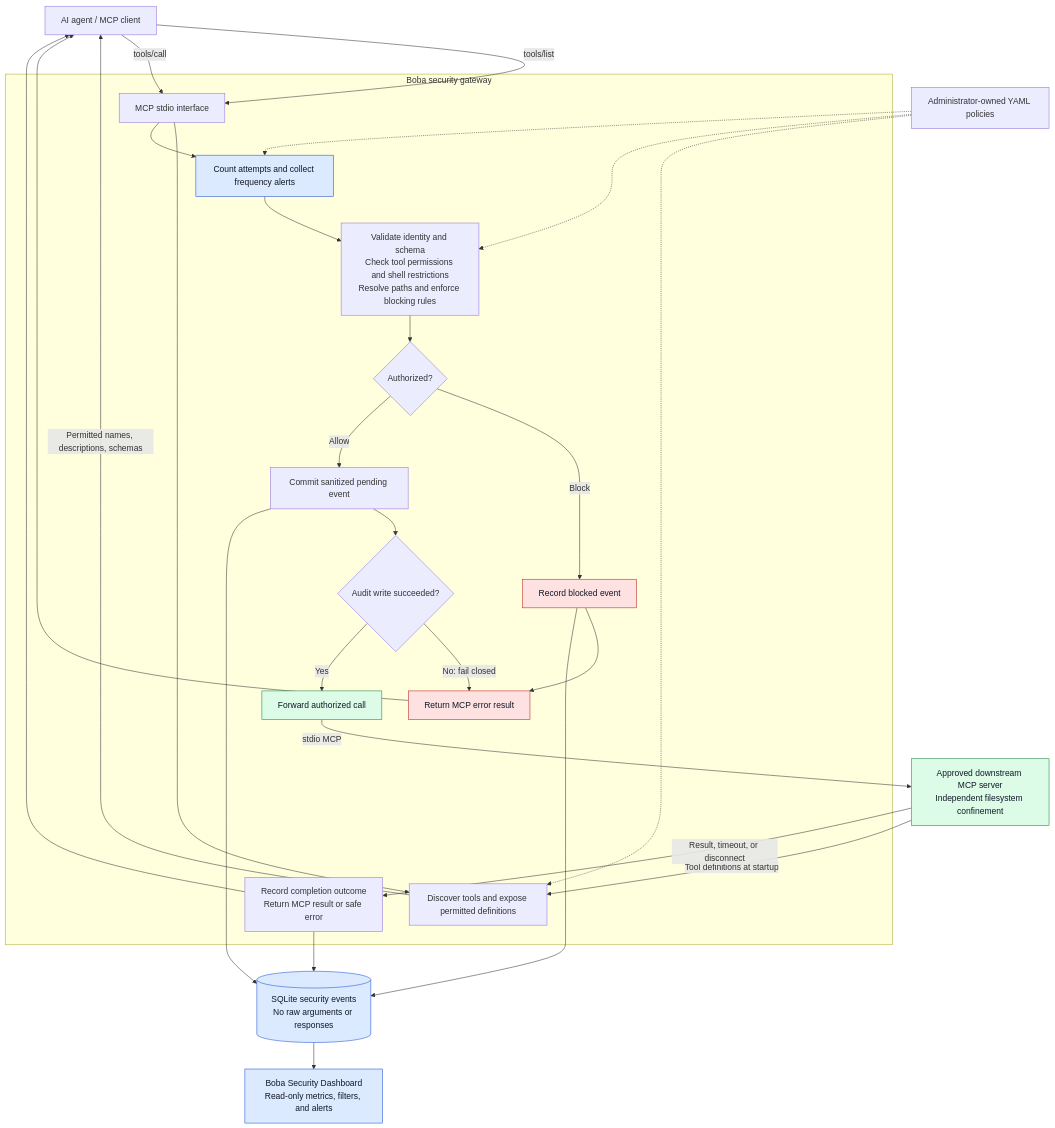
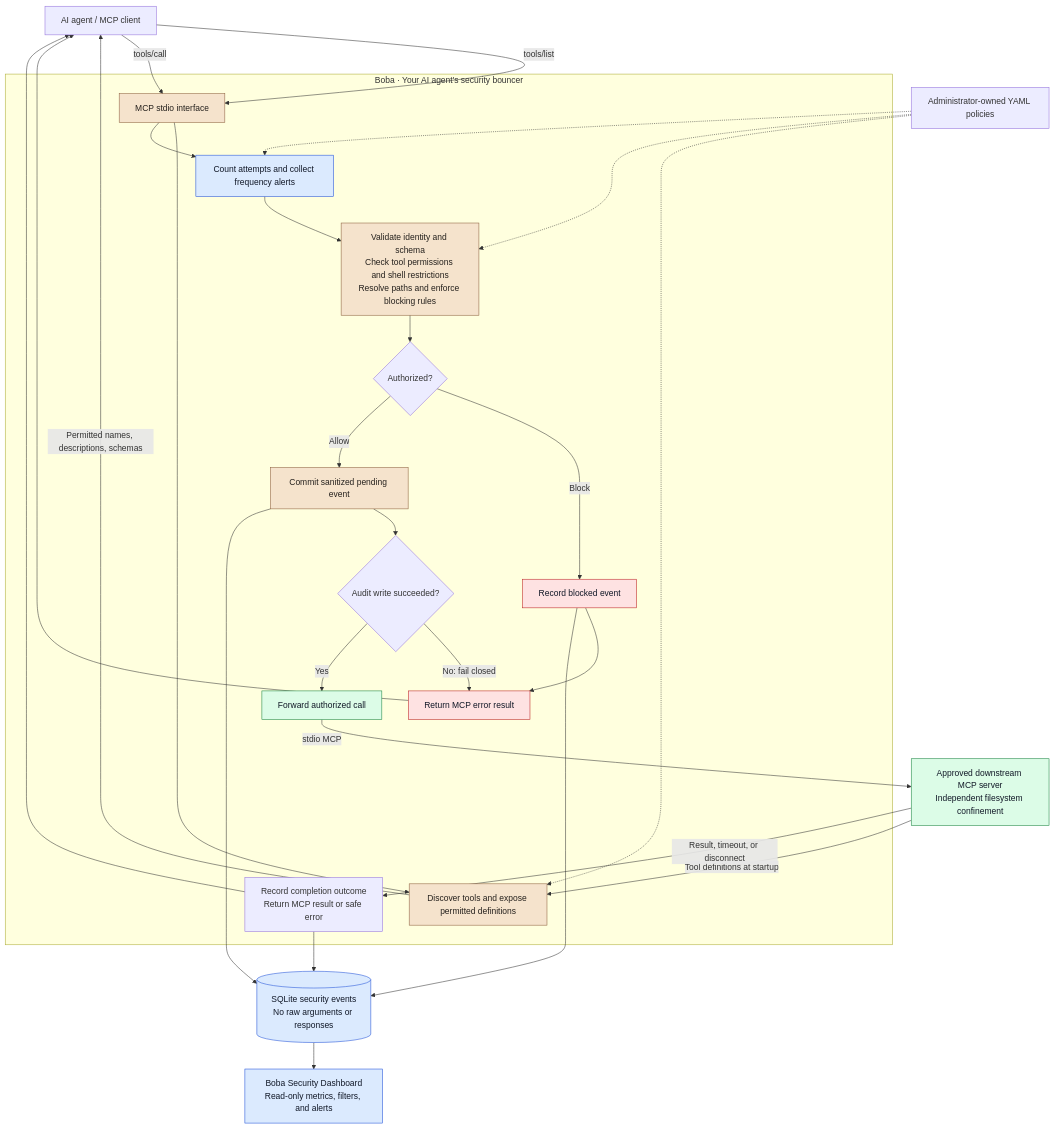
One commit to ccfreck/boba changed the diagram in README.md. Above: the diagram before and after it, drawn with Mermaid. The commit also changed other lines of this file and 3 other files, not shown here.

Commit message:
Brand README and dashboard with Boba mascot and milk tea theme

````diff
--- a/README.md
+++ b/README.md
@@ -21,52 +40,54 @@
 ```mermaid
 flowchart TB
     Agent["AI agent / MCP client"]
     Config["Administrator-owned YAML policies"]
 
-    subgraph Boba["Boba security gateway"]
+    subgraph Boba["Boba · Your AI agent's security bouncer"]
         Gateway["MCP stdio interface"]
         Discovery["Discover tools and expose permitted definitions"]
         Rate["Count attempts and collect frequency alerts"]
         Policy["Validate identity and schema<br/>Check tool permissions and shell restrictions<br/>Resolve paths and enforce blocking rules"]
         Decision{"Authorized?"}
         Audit["Commit sanitized pending event"]
         Durable{"Audit write succeeded?"}
         Denied["Record blocked event"]
         Reject["Return MCP error result"]
         Forward["Forward authorized call"]
         Complete["Record completion outcome<br/>Return MCP result or safe error"]
     end
 
     Server["Approved downstream MCP server<br/>Independent filesystem confinement"]
     DB[("SQLite security events<br/>No raw arguments or responses")]
     Dashboard["Boba Security Dashboard<br/>Read-only metrics, filters, and alerts"]
 
     Agent -->|"tools/list"| Gateway
     Gateway --> Discovery
     Server -->|"Tool definitions at startup"| Discovery
     Discovery -->|"Permitted names, descriptions, schemas"| Agent
     Agent -->|"tools/call"| Gateway
     Gateway --> Rate --> Policy --> Decision
     Config -.-> Discovery
     Config -.-> Policy
     Config -.-> Rate
     Decision -->|"Block"| Denied --> Reject
     Denied --> DB
     Decision -->|"Allow"| Audit --> Durable
     Audit --> DB
     Durable -->|"No: fail closed"| Reject
     Durable -->|"Yes"| Forward
     Forward -->|"stdio MCP"| Server
     Server -->|"Result, timeout, or disconnect"| Complete
     Complete --> DB
     Complete --> Agent
     Reject --> Agent
     DB --> Dashboard
 
     classDef deny fill:#fee2e2,stroke:#b91c1c,color:#111827
     classDef allow fill:#dcfce7,stroke:#15803d,color:#111827
     classDef monitor fill:#dbeafe,stroke:#1d4ed8,color:#111827
+    classDef brand fill:#f5e3cc,stroke:#8b5e3c,color:#25211d
     class Denied,Reject deny
     class Forward,Server allow
     class Rate,DB,Dashboard monitor
+    class Gateway,Discovery,Policy,Audit brand
 ```
````
